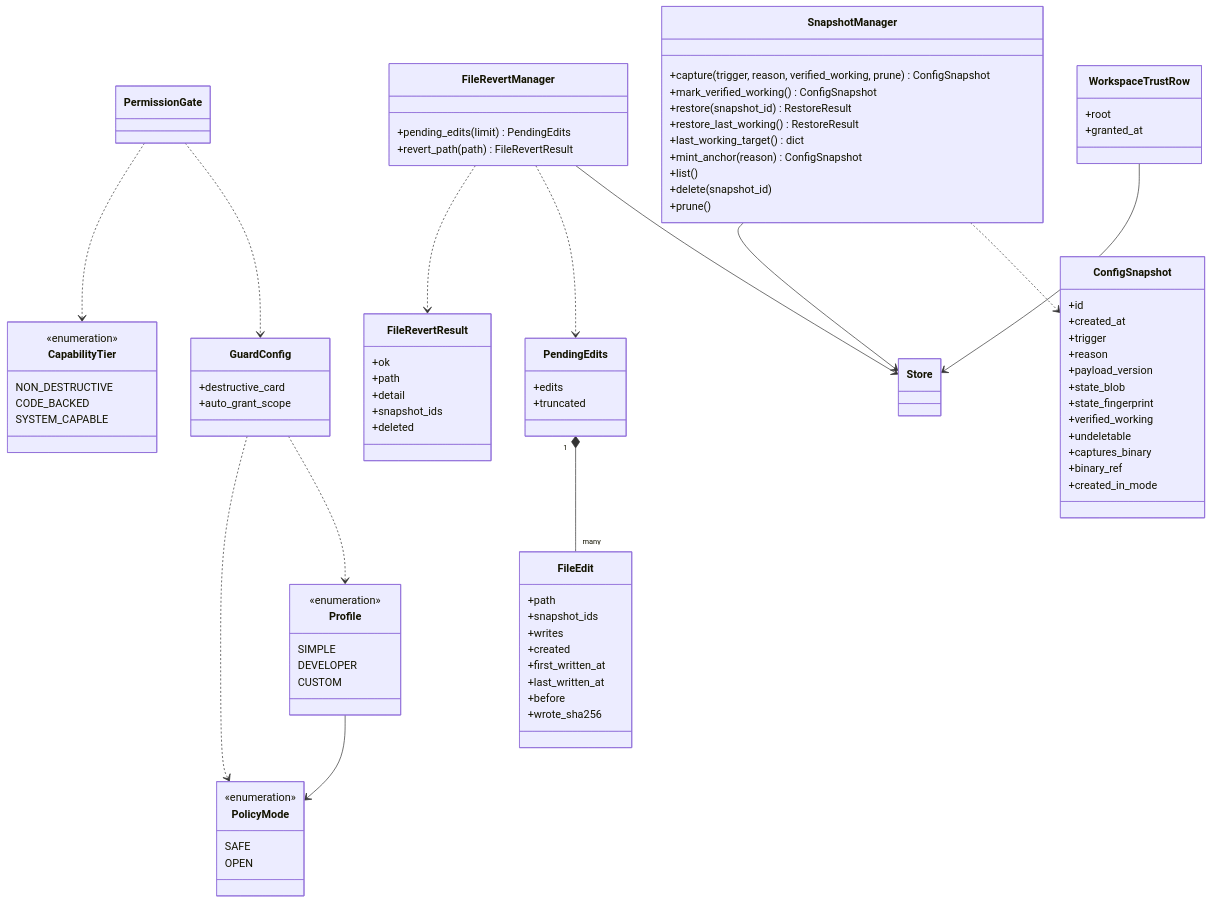
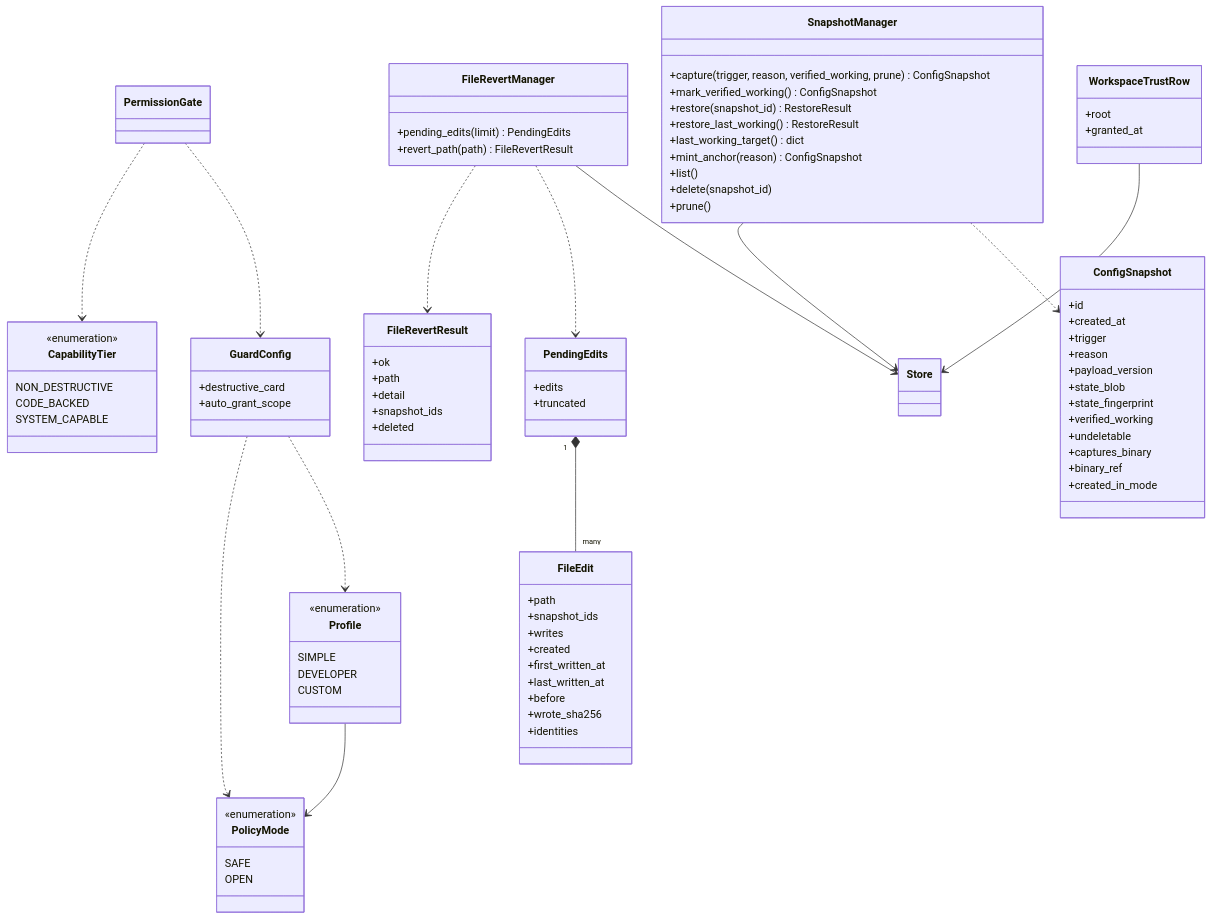
The second of 5 diagrams in docs/classes.md (N041M/Addison), drawn with Mermaid before and after one commit. The commit also changed other lines of this file and 9 other files, not shown here.

```diff
--- a/docs/classes.md
+++ b/docs/classes.md
@@ -275,6 +275,7 @@
         +last_written_at
         +before
         +wrote_sha256
+        +identities
     }
     class FileRevertResult {
         +ok
```
